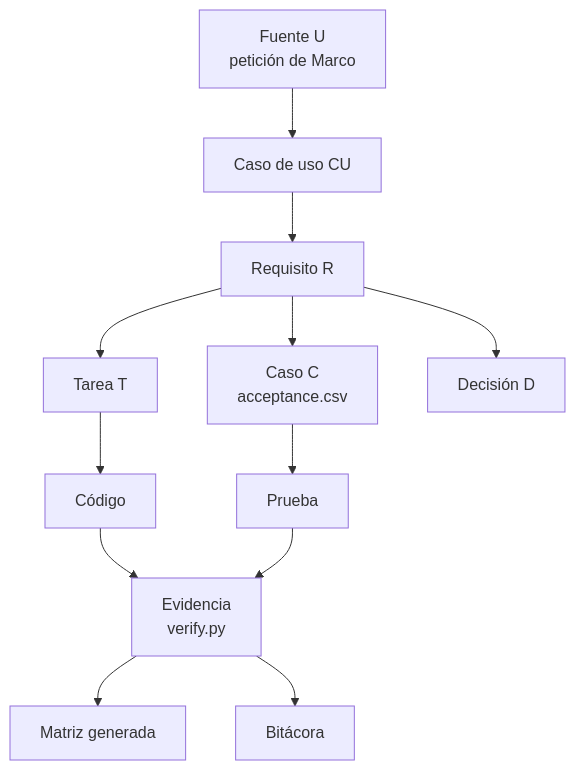
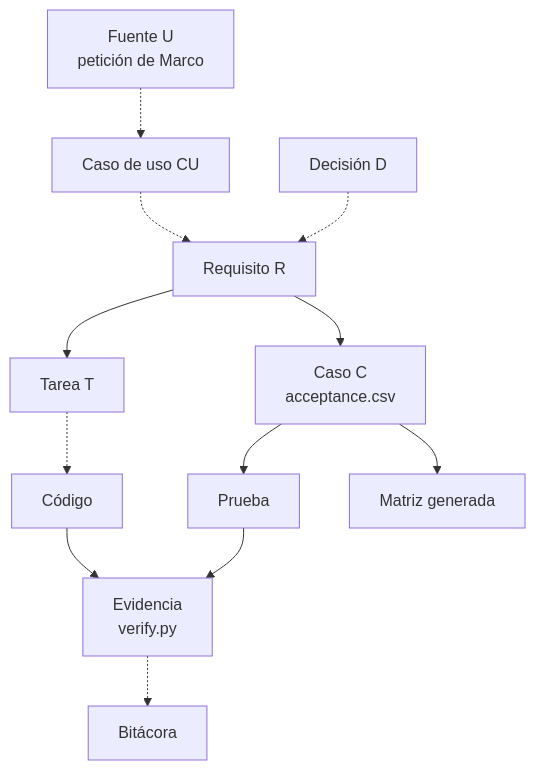
Before and after one commit to marcodiazleon/ai-implementation-lab: the diagram in docs/book/04-metodo-y-sdd.md, drawn with Mermaid. The commit also changed other lines of this file and 3 other files, not shown here.

First line of the commit message:
Fidelity items from the internal review of the eleven diagrams applied

````diff
--- a/docs/book/04-metodo-y-sdd.md
+++ b/docs/book/04-metodo-y-sdd.md
@@ -7,14 +7,14 @@
 ```mermaid
 flowchart TB
-  U["Fuente U<br/>petición de Marco"] --> CU["Caso de uso CU"]
-  CU --> R["Requisito R"]
+  U["Fuente U<br/>petición de Marco"] -.-> CU["Caso de uso CU"]
+  CU -.-> R["Requisito R"]
+  D["Decisión D"] -.-> R
   R --> T["Tarea T"]
   R --> C["Caso C<br/>acceptance.csv"]
-  R --> D["Decisión D"]
-  T --> CODE["Código"]
+  T -.-> CODE["Código"]
   C --> TEST["Prueba"]
   CODE --> EV["Evidencia<br/>verify.py"]
   TEST --> EV
-  EV --> MX["Matriz generada"]
-  EV --> NB["Bitácora"]
+  C --> MX["Matriz generada"]
+  EV -.-> NB["Bitácora"]
 ```
````
